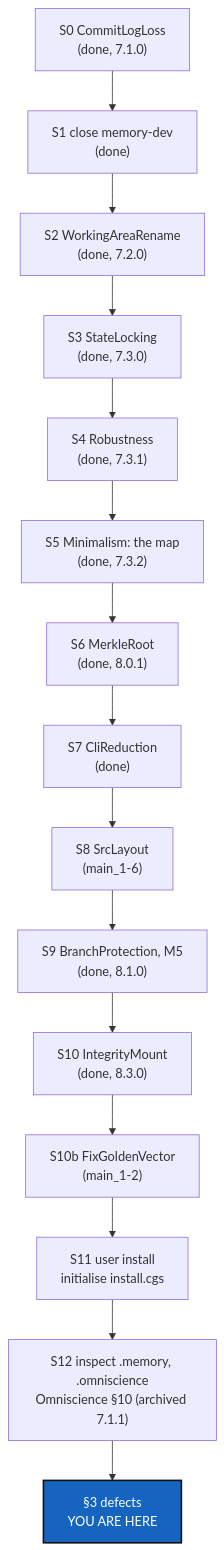
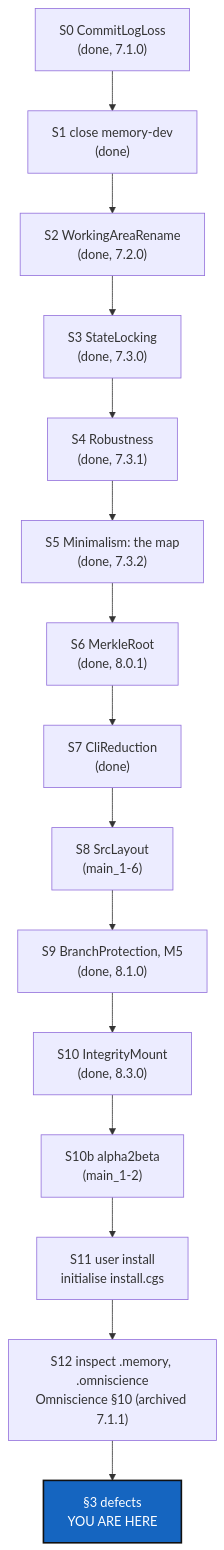
Before and after one commit to flipoyo/.dev: the diagram in DevTickets/openTickets/main_1-1_BeforeBeta_DevPlanTicket.md, drawn with Mermaid. The commit also changed other lines of this file and 4 other files, not shown here.

````diff
--- a/DevTickets/openTickets/main_1-1_BeforeBeta_DevPlanTicket.md
+++ b/DevTickets/openTickets/main_1-1_BeforeBeta_DevPlanTicket.md
@@ -146,20 +146,20 @@
 ```mermaid
 graph TD
     S0["S0 CommitLogLoss<br/>(done, 7.1.0)"] --> S1["S1 close memory-dev<br/>(done)"]
     S1 --> S2["S2 WorkingAreaRename<br/>(done, 7.2.0)"]
     S2 --> S3["S3 StateLocking<br/>(done, 7.3.0)"]
     S3 --> S4["S4 Robustness<br/>(done, 7.3.1)"]
     S4 --> S5["S5 Minimalism: the map<br/>(done, 7.3.2)"]
     S5 --> S6["S6 MerkleRoot<br/>(done, 8.0.1)"]
     S6 --> S7["S7 CliReduction<br/>(done)"]
     S7 --> S8["S8 SrcLayout<br/>(main_1-6)"]
     S8 --> S9["S9 BranchProtection, M5<br/>(done, 8.1.0)"]
     S9 --> S10["S10 IntegrityMount<br/>(done, 8.3.0)"]
-    S10 --> S10b["S10b FixGoldenVector<br/>(main_1-2)"]
+    S10 --> S10b["S10b alpha2beta<br/>(main_1-2)"]
     S10b --> S11["S11 user install<br/>initialise install.cgs"]
     S11 --> S12["S12 inspect .memory, .omniscience<br/>Omniscience §10 (archived 7.1.1)"]
     S12 --> R["§3 defects<br/>YOU ARE HERE"]
 
     classDef here fill:#1565C0,color:#fff,stroke:#111,stroke-width:2px;
     class R here;
 ```
````
